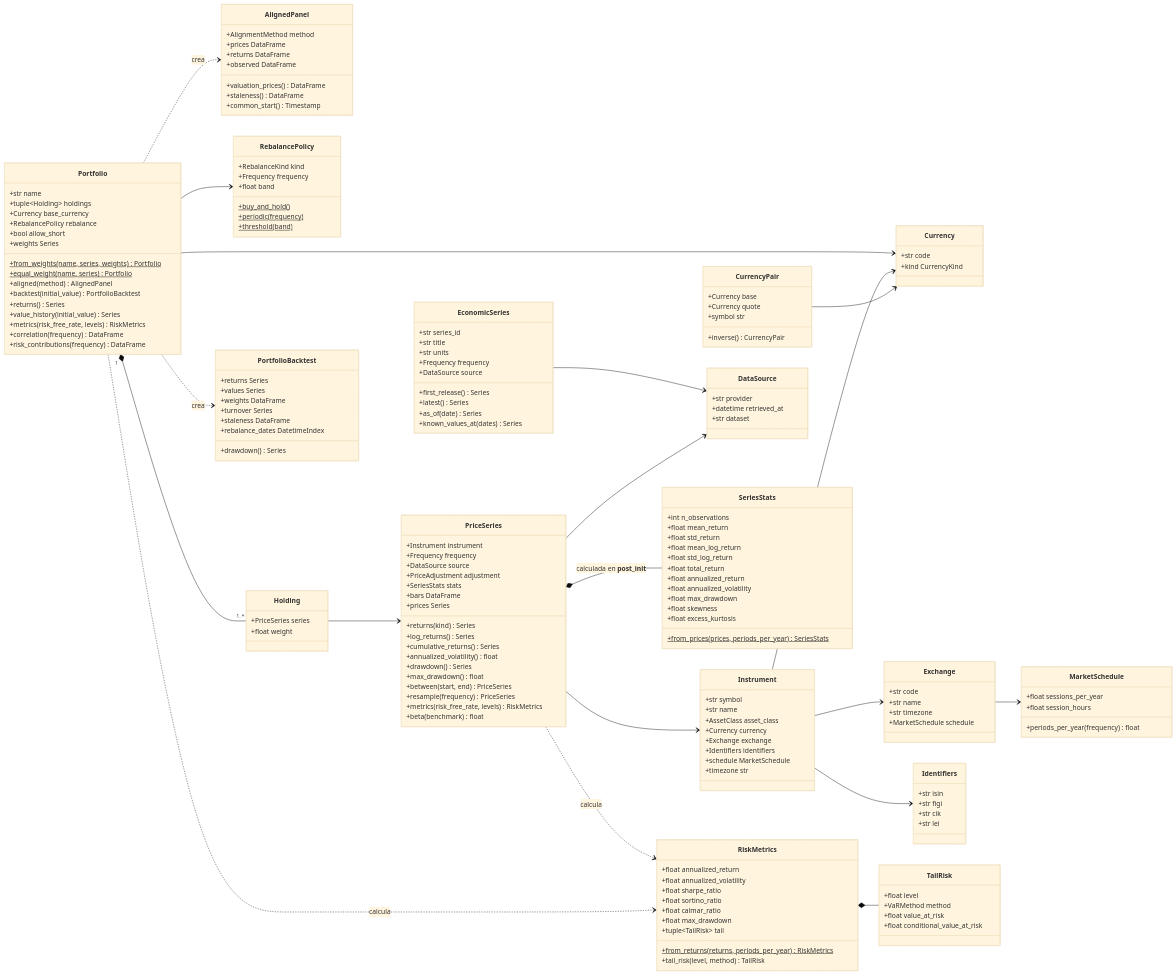
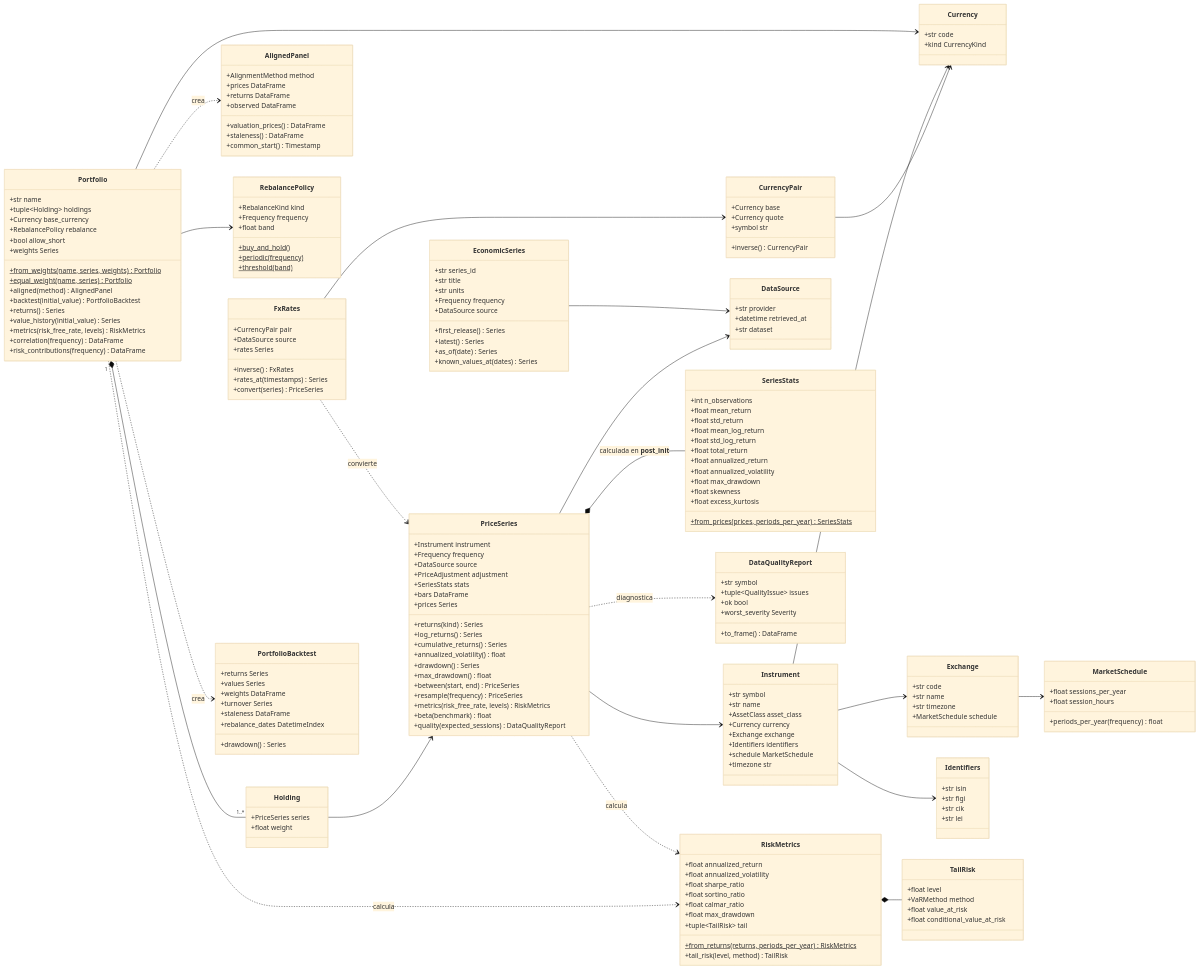
Before and after one commit to JAVIIFDEEZ/Finances: the diagram in docs/architecture/domain.md, drawn with Mermaid (base theme). The commit also changed other lines of this file and 10 other files, not shown here.

First line of the commit message:
docs: add ADRs 0014-0015 and document FX and data quality

````diff
--- a/docs/architecture/domain.md
+++ b/docs/architecture/domain.md
@@ -85,6 +85,22 @@
         +resample(frequency) PriceSeries
         +metrics(risk_free_rate, levels) RiskMetrics
         +beta(benchmark) float
+        +quality(expected_sessions) DataQualityReport
+    }
+    class FxRates {
+        +CurrencyPair pair
+        +DataSource source
+        +rates Series
+        +inverse() FxRates
+        +rates_at(timestamps) Series
+        +convert(series) PriceSeries
+    }
+    class DataQualityReport {
+        +str symbol
+        +tuple~QualityIssue~ issues
+        +ok bool
+        +worst_severity Severity
+        +to_frame() DataFrame
     }
     class EconomicSeries {
         +str series_id
@@ -180,4 +196,7 @@
     Portfolio ..> RiskMetrics : calcula
     PriceSeries ..> RiskMetrics : calcula
     RiskMetrics *-- TailRisk
+    FxRates --> CurrencyPair
+    FxRates ..> PriceSeries : convierte
+    PriceSeries ..> DataQualityReport : diagnostica
 ```
````
